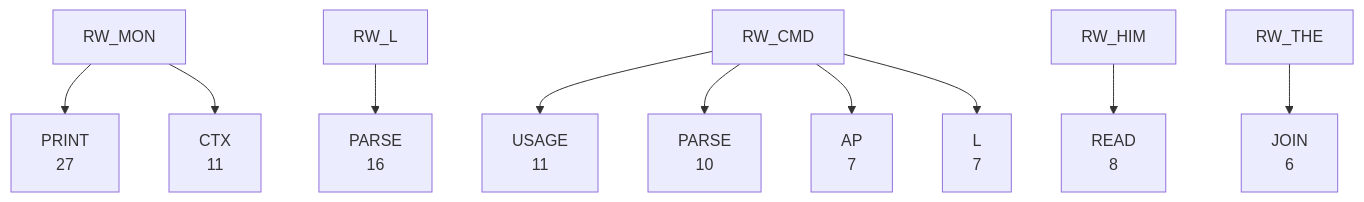
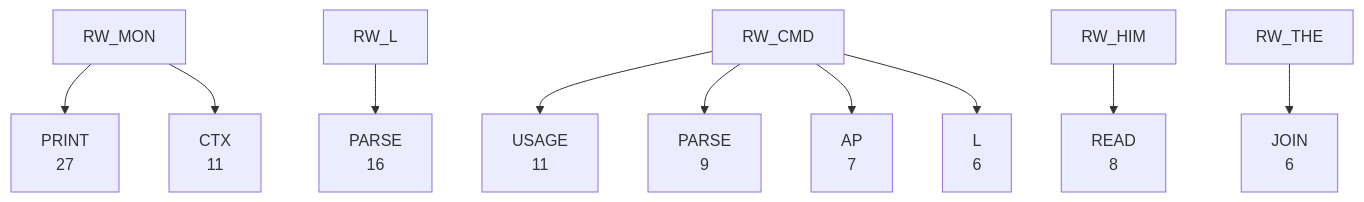
Before and after one commit to 95westus/R-YORS: the third of 7 diagrams in DOC/GENERATED/ROUTINE_WORD_TREE.md, drawn with Mermaid. The commit also changed other lines of this file and 53 other files, not shown here.

````diff
--- a/DOC/GENERATED/ROUTINE_WORD_TREE.md
+++ b/DOC/GENERATED/ROUTINE_WORD_TREE.md
@@ -46,12 +46,12 @@
 ```mermaid
 flowchart TD
     RW_MON --> RW_MON_PRINT["PRINT<br/>27"]
     RW_L --> RW_L_PARSE["PARSE<br/>16"]
     RW_CMD --> RW_CMD_USAGE["USAGE<br/>11"]
     RW_MON --> RW_MON_CTX["CTX<br/>11"]
-    RW_CMD --> RW_CMD_PARSE["PARSE<br/>10"]
+    RW_CMD --> RW_CMD_PARSE["PARSE<br/>9"]
     RW_HIM --> RW_HIM_READ["READ<br/>8"]
     RW_CMD --> RW_CMD_AP["AP<br/>7"]
-    RW_CMD --> RW_CMD_L["L<br/>7"]
+    RW_CMD --> RW_CMD_L["L<br/>6"]
     RW_THE --> RW_THE_JOIN["JOIN<br/>6"]
 ```
````
